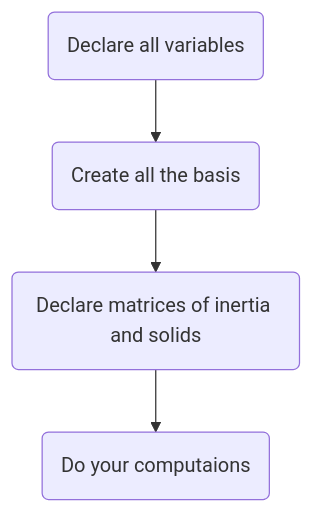
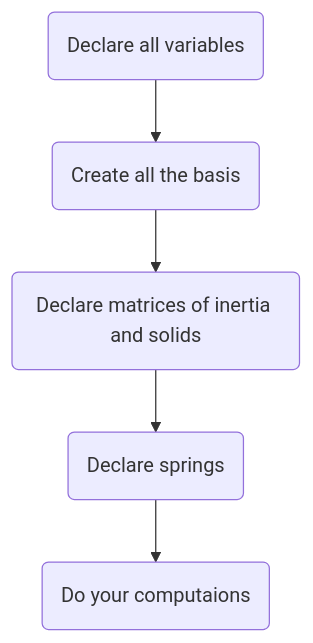
The diagram in README.md (TimotheeMB/M3C4nX), drawn with Mermaid before and after one commit. The commit also changed other lines of this file and 6 other files, not shown here.

````diff
--- a/README.md
+++ b/README.md
@@ -82,4 +84,4 @@
 ```mermaid
 graph TD;
-id(Declare all variables) --> id1(Create all the basis) --> id2(Declare matrices of inertia and solids) --> id3(Do your computaions)
+id(Declare all variables) --> id1(Create all the basis) --> id2(Declare matrices of inertia and solids)--> id4(Declare springs) --> id3(Do your computaions)
 ```
````
